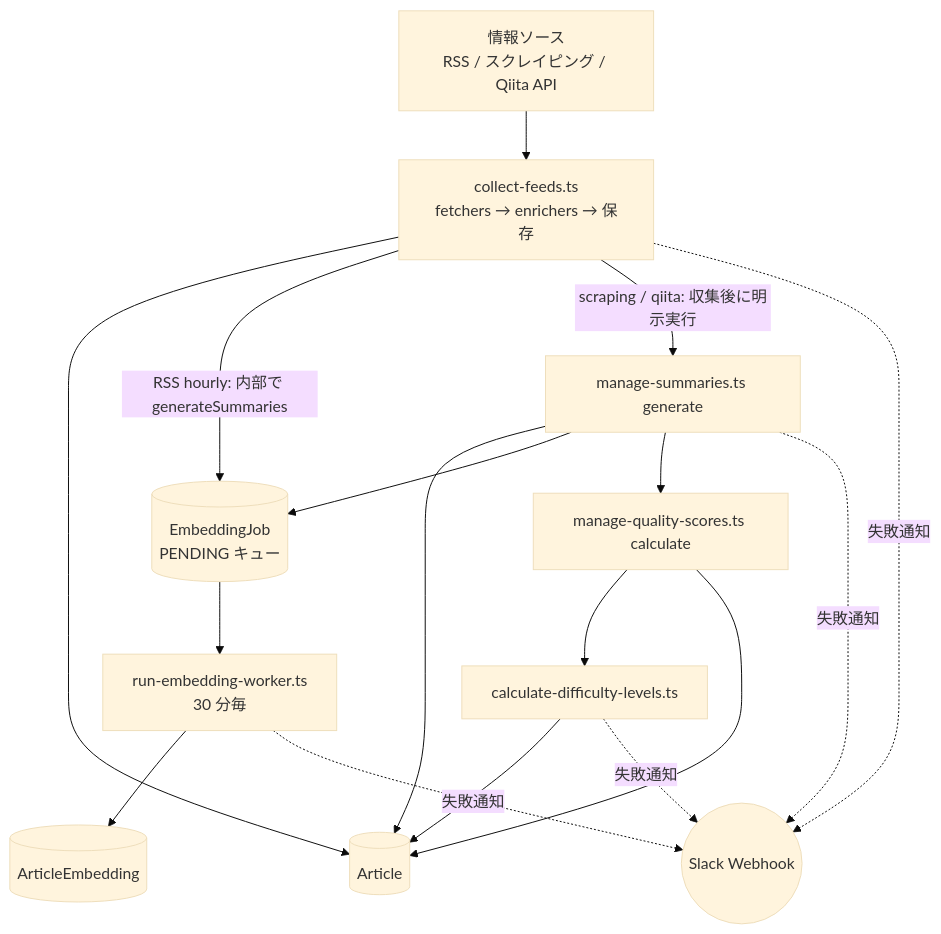
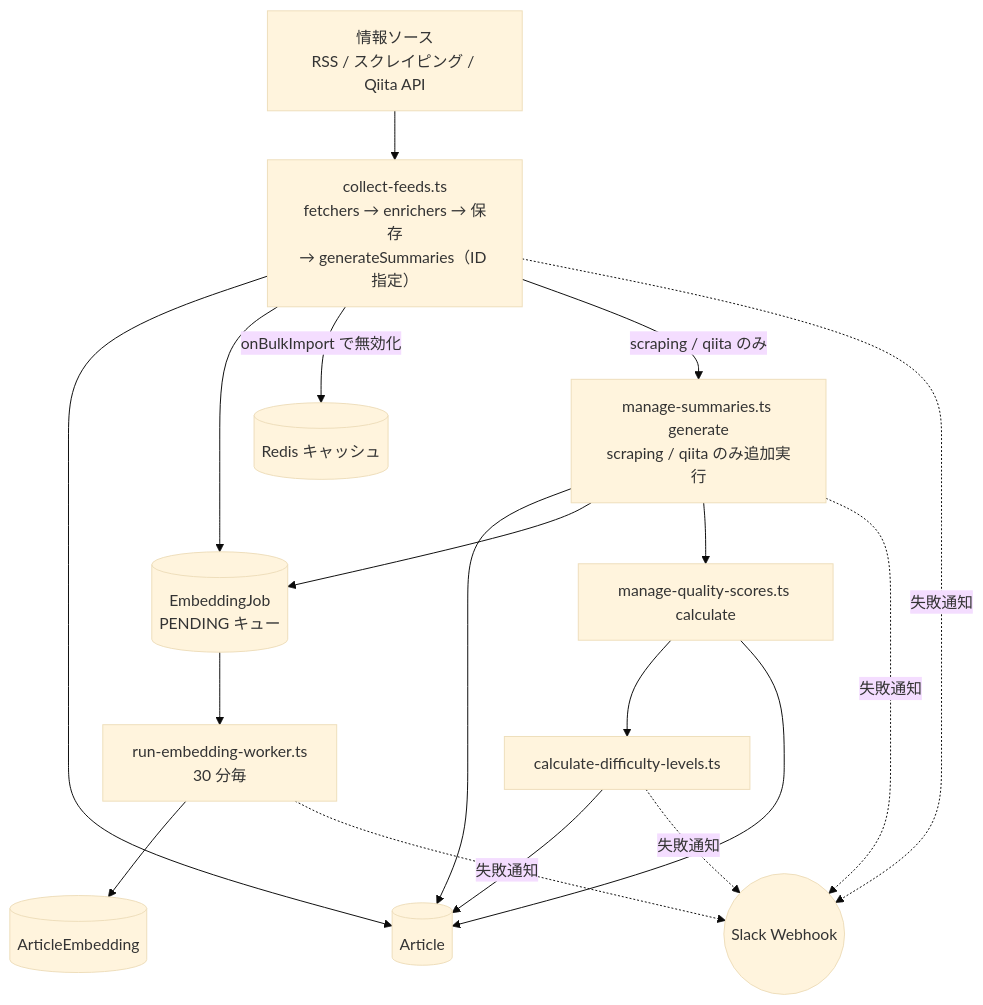
One commit to pawafulu7/techtrend changed the first of 2 diagrams in docs/architecture/02-batch-pipeline.md. Above: the diagram before and after it, drawn with Mermaid (base theme). The commit also changed other lines of this file and 8 other files, not shown here.

First line of the commit message:
docs(architecture): cross-review で判明した事実誤認を修正

````diff
--- a/docs/architecture/02-batch-pipeline.md
+++ b/docs/architecture/02-batch-pipeline.md
@@ -9,33 +11,35 @@
 ```mermaid
 flowchart TD
     Sources["情報ソース<br/>RSS / スクレイピング / Qiita API"]
-    CollectFeeds["collect-feeds.ts<br/>fetchers → enrichers → 保存"]
-    ManageSummaries["manage-summaries.ts generate"]
+    CollectFeeds["collect-feeds.ts<br/>fetchers → enrichers → 保存<br/>→ generateSummaries（ID 指定）"]
+    ManageSummaries["manage-summaries.ts generate<br/>scraping / qiita のみ追加実行"]
     ManageQuality["manage-quality-scores.ts calculate"]
     DifficultyLevels["calculate-difficulty-levels.ts"]
     EmbeddingWorker["run-embedding-worker.ts<br/>30 分毎"]
 
     ArticleDB[("Article")]
     EmbeddingJobQ[("EmbeddingJob<br/>PENDING キュー")]
     ArticleEmbeddingDB[("ArticleEmbedding")]
+    RedisCache[("Redis キャッシュ")]
 
     Slack(("Slack Webhook"))
 
     Sources --> CollectFeeds
     CollectFeeds --> ArticleDB
-    CollectFeeds -->|"RSS hourly: 内部で generateSummaries"| EmbeddingJobQ
-    CollectFeeds -->|"scraping / qiita: 収集後に明示実行"| ManageSummaries
+    CollectFeeds --> EmbeddingJobQ
+    CollectFeeds -->|"onBulkImport で無効化"| RedisCache
+    CollectFeeds -->|"scraping / qiita のみ"| ManageSummaries
     ManageSummaries --> ArticleDB
     ManageSummaries --> EmbeddingJobQ
     ManageSummaries --> ManageQuality
     ManageQuality --> DifficultyLevels
     ManageQuality --> ArticleDB
     DifficultyLevels --> ArticleDB
     EmbeddingJobQ --> EmbeddingWorker
     EmbeddingWorker --> ArticleEmbeddingDB
 
     CollectFeeds -.->|失敗通知| Slack
     ManageSummaries -.->|失敗通知| Slack
     DifficultyLevels -.->|失敗通知| Slack
     EmbeddingWorker -.->|失敗通知| Slack
 ```
````
